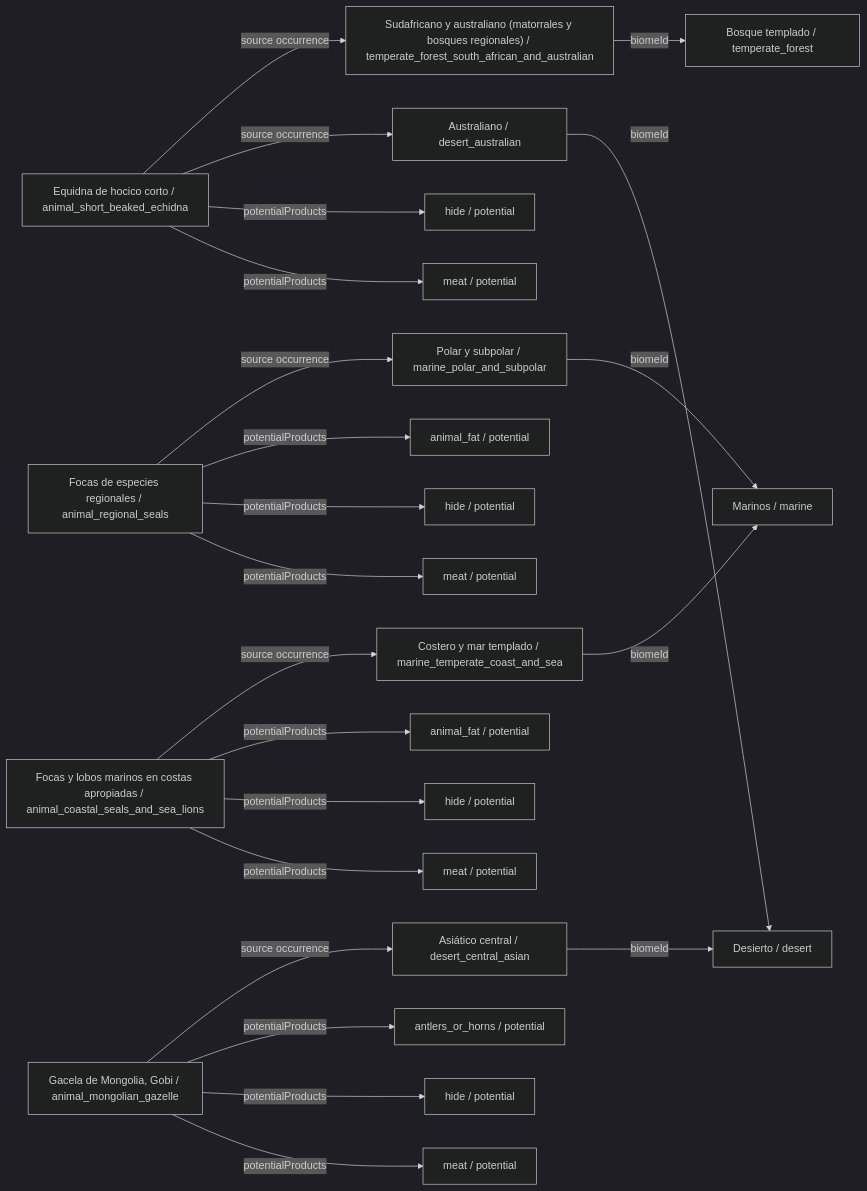
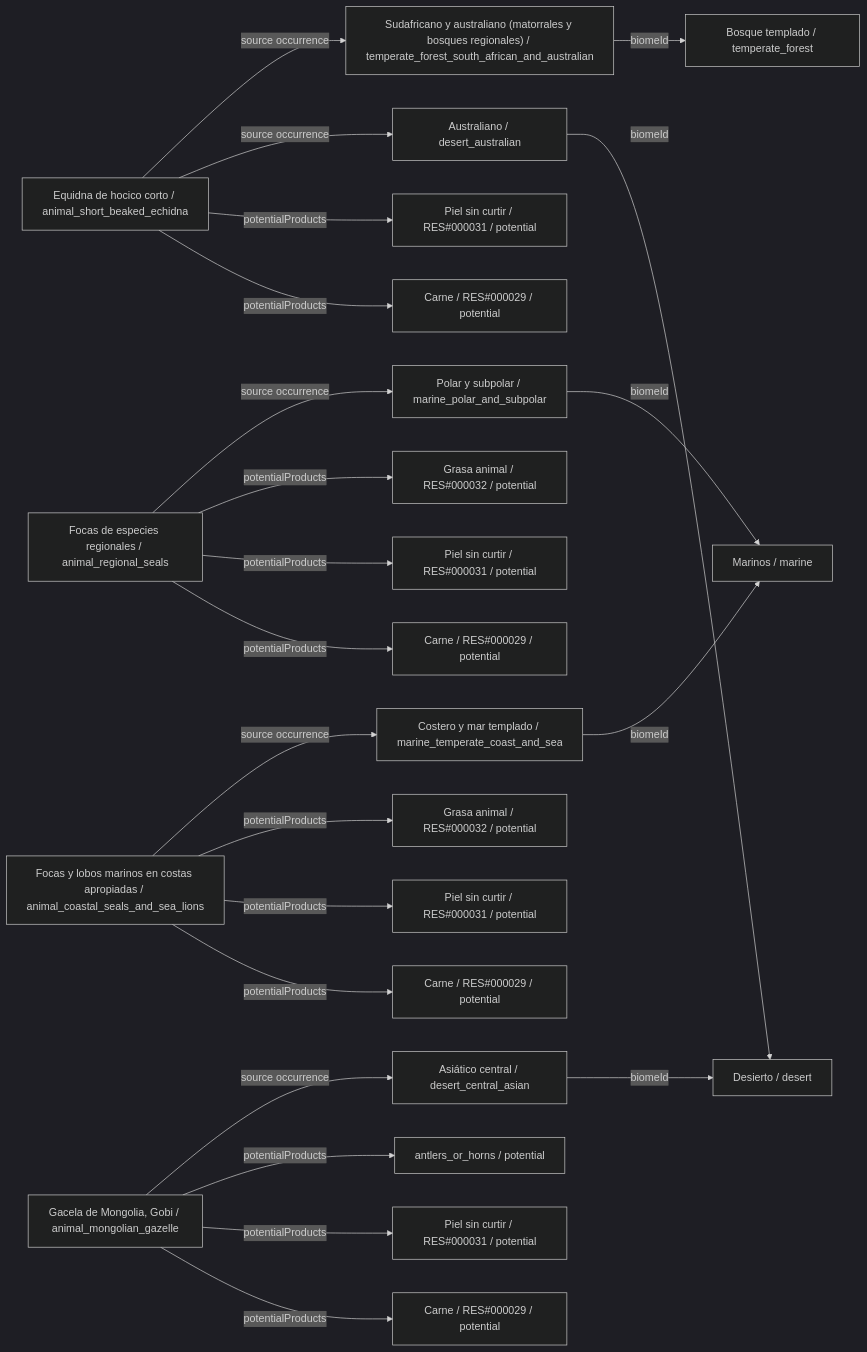
Before and after one commit to fgabo404/EvolveDoc: diagram 13 of 34 in data/animals/DIAGRAMS.es.md, drawn with Mermaid (dark theme). The commit also changed other lines of this file and 50 other files, not shown here.

````diff
--- a/data/animals/DIAGRAMS.es.md
+++ b/data/animals/DIAGRAMS.es.md
@@ -664,47 +664,47 @@
 ```mermaid
 flowchart LR
     c0["Equidna de hocico corto / animal_short_beaked_echidna"]
     v6["Sudafricano y australiano (matorrales y bosques regionales) / temperate_forest_south_african_and_australian"]
     b1["Bosque templado / temperate_forest"]
     v18["Australiano / desert_australian"]
     b4["Desierto / desert"]
-    o0_0["meat / potential"]
-    o0_1["hide / potential"]
+    o0_0["Carne / RES#000029 / potential"]
+    o0_1["Piel sin curtir / RES#000031 / potential"]
     c1["Focas de especies regionales / animal_regional_seals"]
     v21["Polar y subpolar / marine_polar_and_subpolar"]
     b5["Marinos / marine"]
-    o1_0["meat / potential"]
-    o1_1["hide / potential"]
-    o1_2["animal_fat / potential"]
+    o1_0["Carne / RES#000029 / potential"]
+    o1_1["Piel sin curtir / RES#000031 / potential"]
+    o1_2["Grasa animal / RES#000032 / potential"]
     c2["Focas y lobos marinos en costas apropiadas / animal_coastal_seals_and_sea_lions"]
     v20["Costero y mar templado / marine_temperate_coast_and_sea"]
-    o2_0["meat / potential"]
-    o2_1["hide / potential"]
-    o2_2["animal_fat / potential"]
+    o2_0["Carne / RES#000029 / potential"]
+    o2_1["Piel sin curtir / RES#000031 / potential"]
+    o2_2["Grasa animal / RES#000032 / potential"]
     c3["Gacela de Mongolia, Gobi / animal_mongolian_gazelle"]
     v17["Asiático central / desert_central_asian"]
-    o3_0["meat / potential"]
-    o3_1["hide / potential"]
+    o3_0["Carne / RES#000029 / potential"]
+    o3_1["Piel sin curtir / RES#000031 / potential"]
     o3_2["antlers_or_horns / potential"]
     c0 -->|potentialProducts| o0_0
     c0 -->|potentialProducts| o0_1
     c0 -->|source occurrence| v18
     c0 -->|source occurrence| v6
     c1 -->|potentialProducts| o1_0
     c1 -->|potentialProducts| o1_1
     c1 -->|potentialProducts| o1_2
     c1 -->|source occurrence| v21
     c2 -->|potentialProducts| o2_0
     c2 -->|potentialProducts| o2_1
     c2 -->|potentialProducts| o2_2
     c2 -->|source occurrence| v20
     c3 -->|potentialProducts| o3_0
     c3 -->|potentialProducts| o3_1
     c3 -->|potentialProducts| o3_2
     c3 -->|source occurrence| v17
     v17 -->|biomeId| b4
     v18 -->|biomeId| b4
     v20 -->|biomeId| b5
     v21 -->|biomeId| b5
     v6 -->|biomeId| b1
 ```
````
